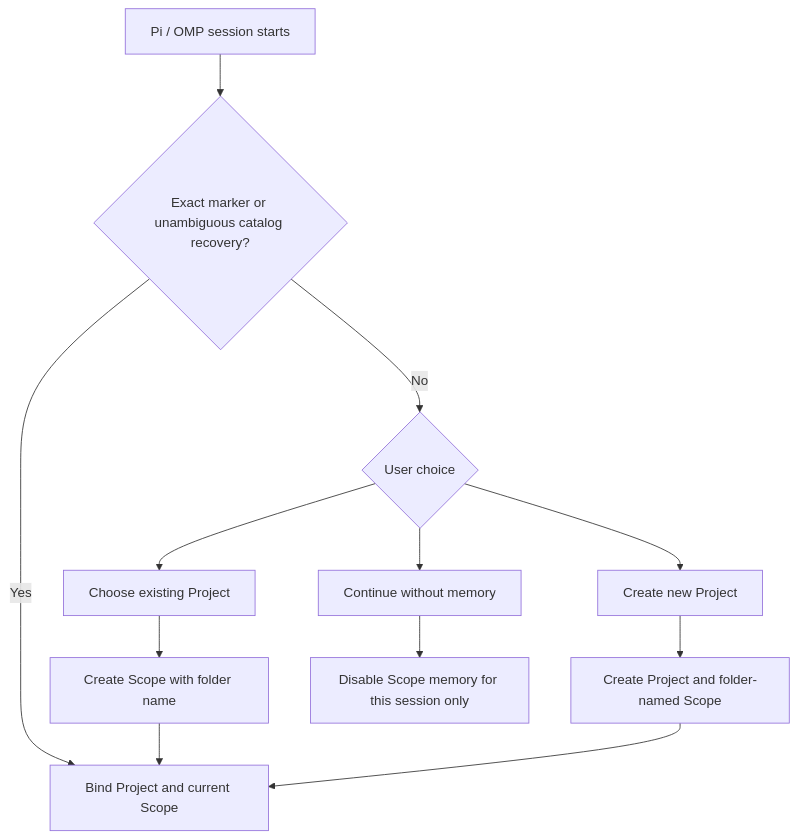
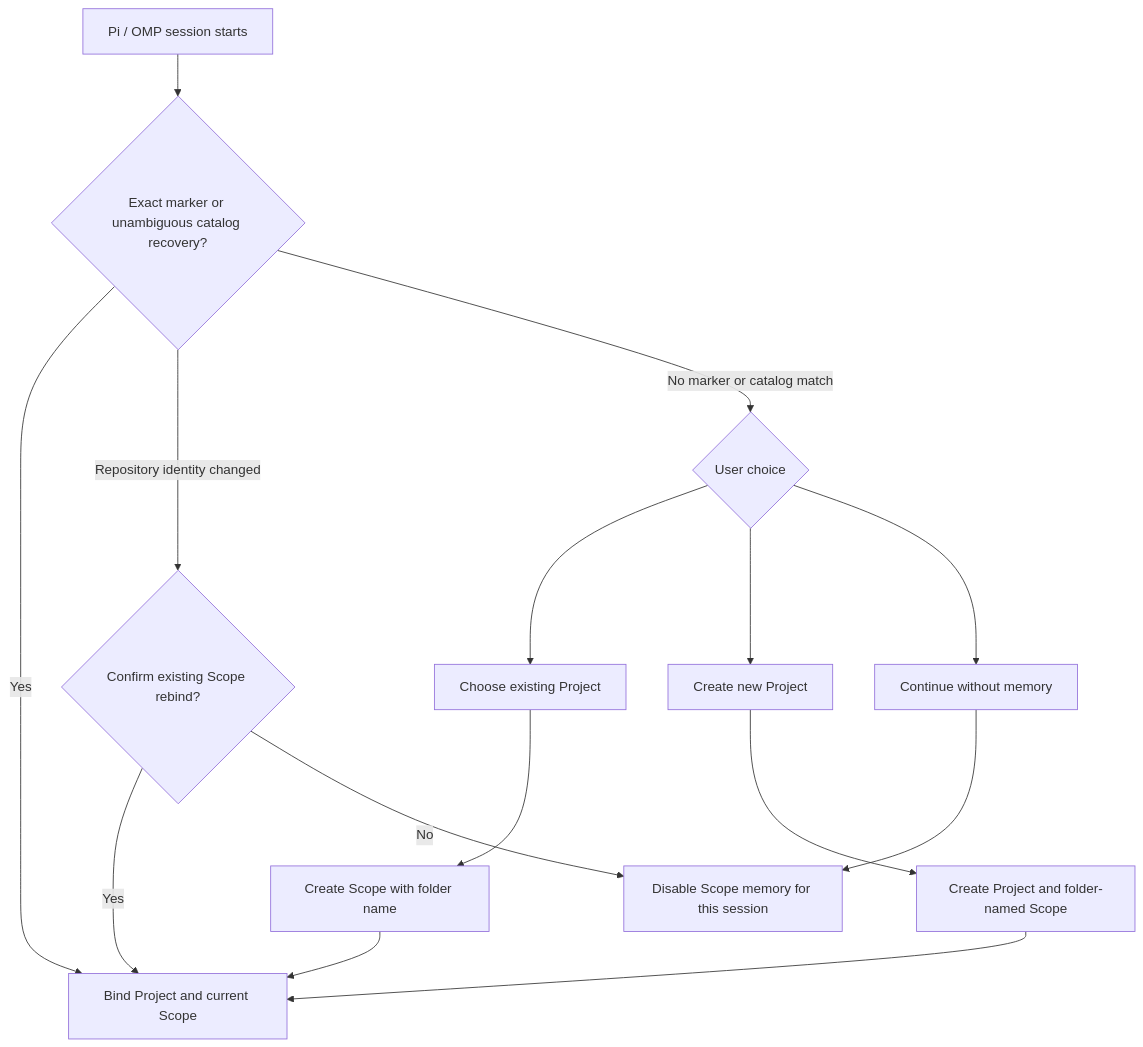
Before and after one commit to dudong2/pi-memory-orchestrator: the second of 4 diagrams in README.md, drawn with Mermaid. The commit also changed other lines of this file and 9 other files, not shown here.

````diff
--- a/README.md
+++ b/README.md
@@ -68,14 +68,17 @@
 ```mermaid
 flowchart TD
     Start[Pi / OMP session starts] --> Resolve{Exact marker or unambiguous catalog recovery?}
     Resolve -->|Yes| Bind[Bind Project and current Scope]
-    Resolve -->|No| Choose{User choice}
+    Resolve -->|Repository identity changed| Rebind{Confirm existing Scope rebind?}
+    Rebind -->|Yes| Bind
+    Rebind -->|No| Disabled[Disable Scope memory for this session]
+    Resolve -->|No marker or catalog match| Choose{User choice}
     Choose --> Existing[Choose existing Project]
     Choose --> New[Create new Project]
     Choose --> None[Continue without memory]
     Existing --> Scope[Create Scope with folder name]
     New --> First[Create Project and folder-named Scope]
     Scope --> Bind
     First --> Bind
-    None --> Disabled[Disable Scope memory for this session only]
+    None --> Disabled
 ```
````
